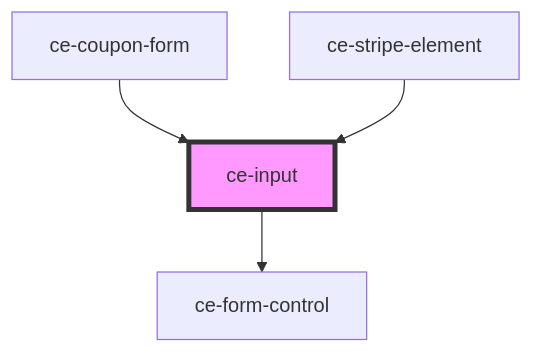
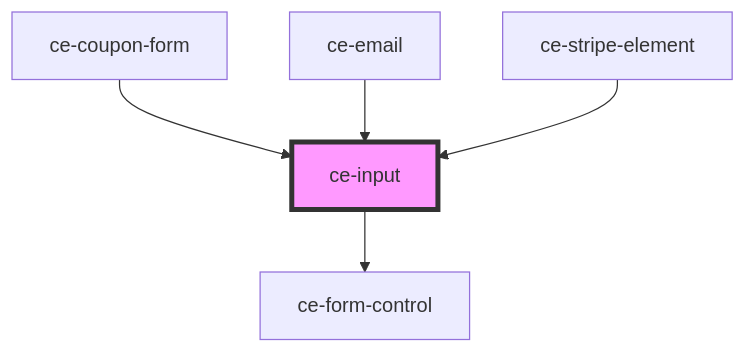
Before and after one commit to surecart/surecart-wp-plugin: the diagram in packages/components/src/components/ui/input/readme.md, drawn with Mermaid. The commit also changed other lines of this file and 38 other files, not shown here.

````diff
--- a/packages/components/src/components/ui/input/readme.md
+++ b/packages/components/src/components/ui/input/readme.md
@@ -113,7 +124,8 @@
 ```mermaid
 graph TD;
   ce-input --> ce-form-control
   ce-coupon-form --> ce-input
+  ce-email --> ce-input
   ce-stripe-element --> ce-input
   style ce-input fill:#f9f,stroke:#333,stroke-width:4px
 ```
````
